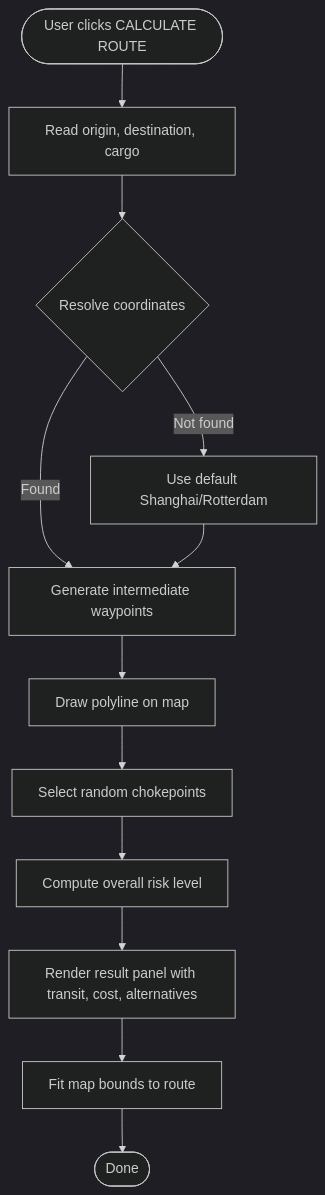
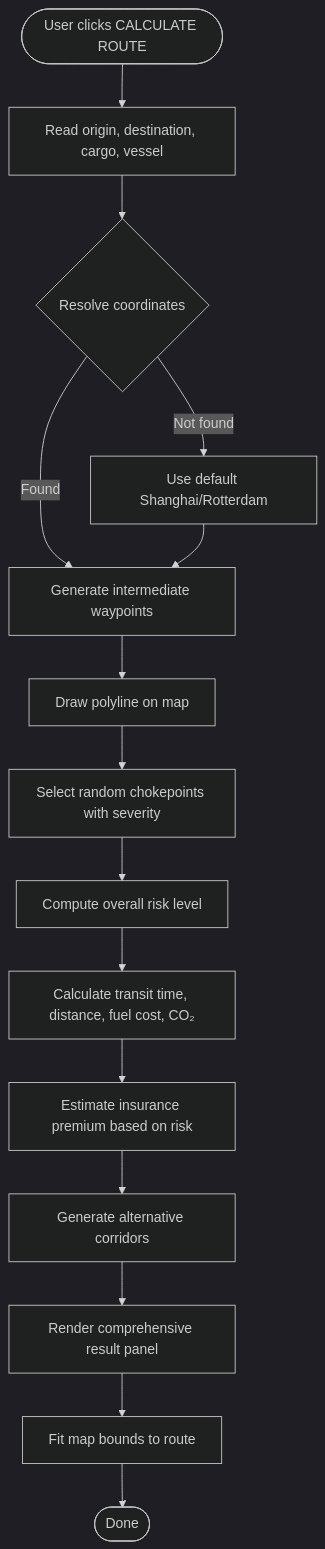
The fifth of 7 diagrams in .qoder/repowiki/en/content/Core Features/World Monitor.md (Annguyen0410/Personal-Messenger-Like-Storage-), drawn with Mermaid (dark theme) before and after one commit. The commit also changed other lines of this file and 25 other files, not shown here.

````diff
--- a/.qoder/repowiki/en/content/Core Features/World Monitor.md
+++ b/.qoder/repowiki/en/content/Core Features/World Monitor.md
@@ -296,14 +463,17 @@
 ```mermaid
 flowchart TD
-Start(["User clicks CALCULATE ROUTE"]) --> Inputs["Read origin, destination, cargo"]
+Start(["User clicks CALCULATE ROUTE"]) --> Inputs["Read origin, destination, cargo, vessel"]
 Inputs --> Resolve{"Resolve coordinates"}
 Resolve --> |Found| Waypoints["Generate intermediate waypoints"]
 Resolve --> |Not found| Defaults["Use default Shanghai/Rotterdam"]
 Defaults --> Waypoints
 Waypoints --> Draw["Draw polyline on map"]
-Draw --> Chokes["Select random chokepoints"]
+Draw --> Chokes["Select random chokepoints with severity"]
 Chokes --> Risk["Compute overall risk level"]
-Risk --> Result["Render result panel with transit, cost, alternatives"]
+Risk --> Stats["Calculate transit time, distance, fuel cost, CO₂"]
+Stats --> Insurance["Estimate insurance premium based on risk"]
+Insurance --> Alternatives["Generate alternative corridors"]
+Alternatives --> Result["Render comprehensive result panel"]
 Result --> Fit["Fit map bounds to route"]
 Fit --> End(["Done"])
 ```
````
